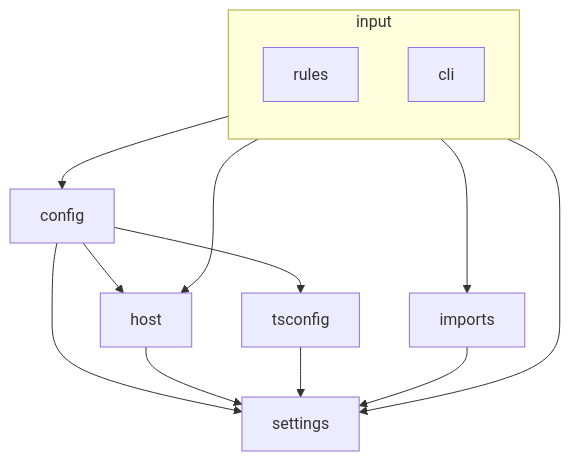
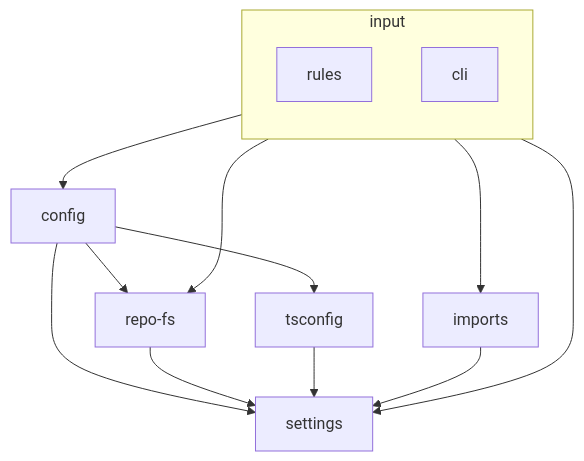
Before and after one commit to jt4d-lab/weld: the diagram in src/dependencies.md, drawn with Mermaid. The commit also changed 26 other files, not shown here.

````diff
--- a/src/dependencies.md
+++ b/src/dependencies.md
@@ -3,30 +3,31 @@
 ```mermaid
 flowchart TD
     subgraph input
         direction TB
 
         rules
 
         cli
     end
 
     tsconfig
     imports
     config
     settings
+    repoFs["repo-fs"]
 
     input --> config
     input --> settings
     input --> imports
-    input --> host
+    input --> repoFs
 
     config --> settings
     config --> tsconfig
-    config --> host
+    config --> repoFs
 
-    host --> settings
+    repoFs --> settings
 
     tsconfig --> settings
 
     imports --> settings
 ```
````
